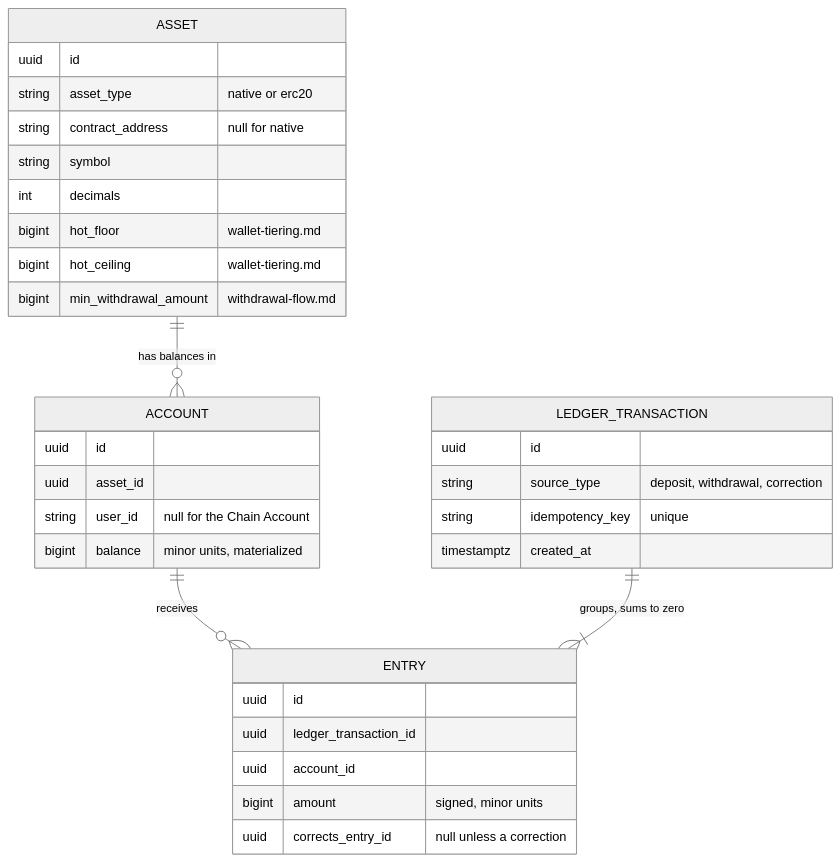
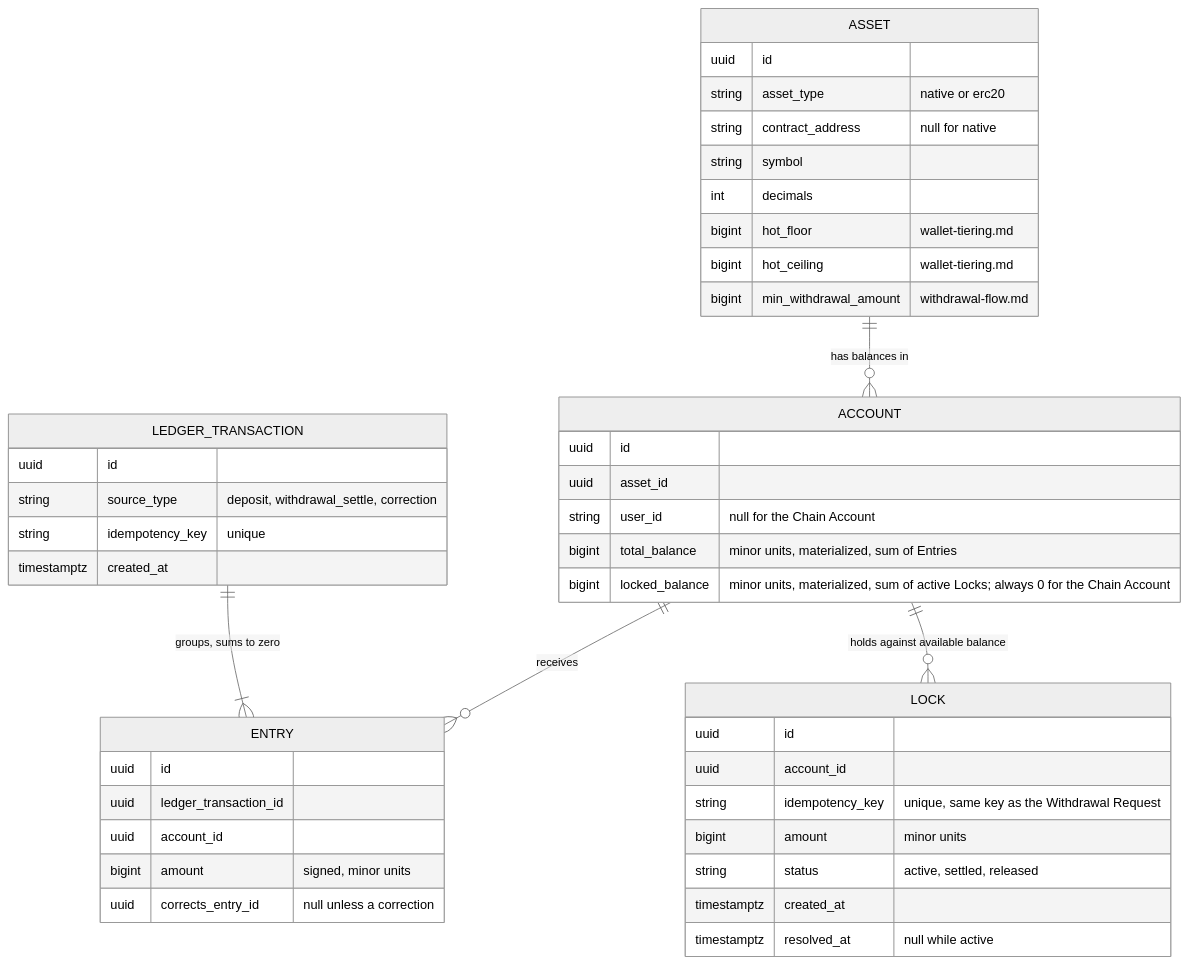
Before and after one commit to VuKhuongDuy/DigiWal: the first of 3 diagrams in docs/design/ledger.md, drawn with Mermaid (neutral theme). The commit also changed other lines of this file and 1 other file, not shown here.

First line of the commit message:
ledger, withdrawal-flow: split balance into total/locked/available

````diff
--- a/docs/design/ledger.md
+++ b/docs/design/ledger.md
@@ -127,36 +194,47 @@
 ```mermaid
 erDiagram
     ASSET ||--o{ ACCOUNT : "has balances in"
     ACCOUNT ||--o{ ENTRY : "receives"
+    ACCOUNT ||--o{ LOCK : "holds against available balance"
     LEDGER_TRANSACTION ||--|{ ENTRY : "groups, sums to zero"
 
     ASSET {
         uuid id
         string asset_type "native or erc20"
         string contract_address "null for native"
         string symbol
         int decimals
         bigint hot_floor "wallet-tiering.md"
         bigint hot_ceiling "wallet-tiering.md"
         bigint min_withdrawal_amount "withdrawal-flow.md"
     }
     ACCOUNT {
         uuid id
         uuid asset_id
         string user_id "null for the Chain Account"
-        bigint balance "minor units, materialized"
+        bigint total_balance "minor units, materialized, sum of Entries"
+        bigint locked_balance "minor units, materialized, sum of active Locks; always 0 for the Chain Account"
+    }
+    LOCK {
+        uuid id
+        uuid account_id
+        string idempotency_key "unique, same key as the Withdrawal Request"
+        bigint amount "minor units"
+        string status "active, settled, released"
+        timestamptz created_at
+        timestamptz resolved_at "null while active"
     }
     LEDGER_TRANSACTION {
         uuid id
-        string source_type "deposit, withdrawal, correction"
+        string source_type "deposit, withdrawal_settle, correction"
         string idempotency_key "unique"
         timestamptz created_at
     }
     ENTRY {
         uuid id
         uuid ledger_transaction_id
         uuid account_id
         bigint amount "signed, minor units"
         uuid corrects_entry_id "null unless a correction"
     }
 ```
````
